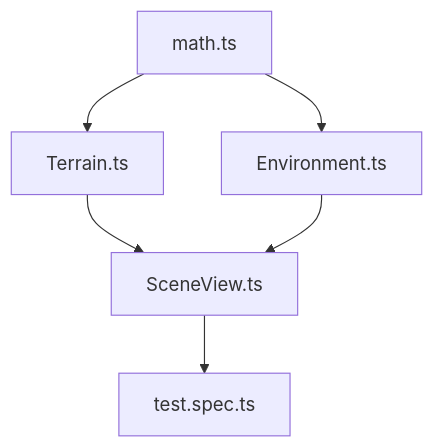
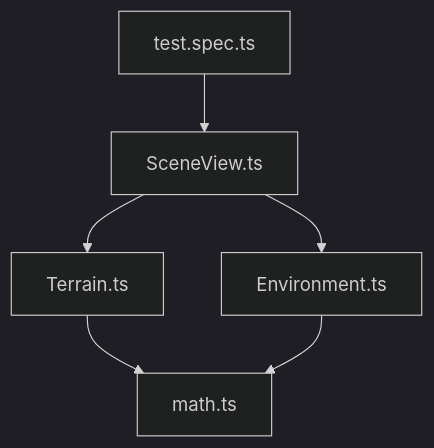
One commit to nick-romano/dev-tech-summit-presentations changed the second of 5 diagrams in 2025/under-the-hood/pages/2.1.jenkins-to-gha.md. Above: the diagram before and after it, drawn with Mermaid. The commit also changed other lines of this file, not shown here.

Commit message:
Clarify diagrams

````diff
--- a/2025/under-the-hood/pages/2.1.jenkins-to-gha.md
+++ b/2025/under-the-hood/pages/2.1.jenkins-to-gha.md
@@ -146,8 +149,9 @@
 ```mermaid
+%%{init: {'theme':'dark'}}%%
 graph TD
-  math.ts --> Environment.ts
-  math.ts --> Terrain.ts
-  Terrain.ts --> SceneView.ts
-  Environment.ts --> SceneView.ts
-  SceneView.ts --> test.spec.ts
+  test.spec.ts --> SceneView.ts
+  SceneView.ts --> Terrain.ts
+  SceneView.ts --> Environment.ts
+  Terrain.ts --> math.ts
+  Environment.ts --> math.ts
 ```
````
